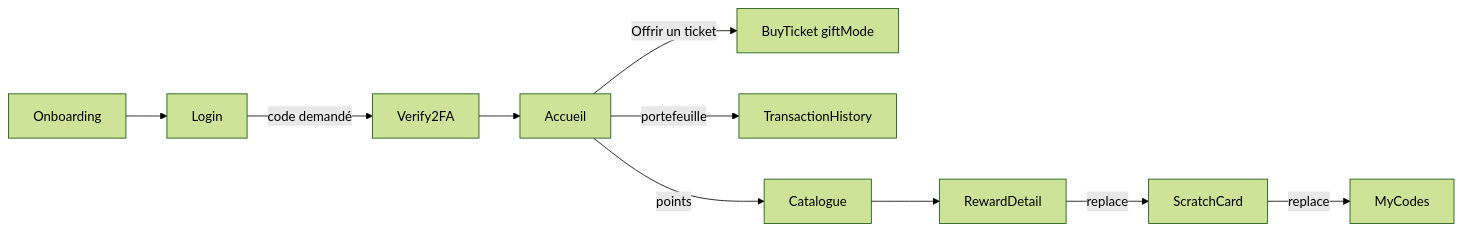
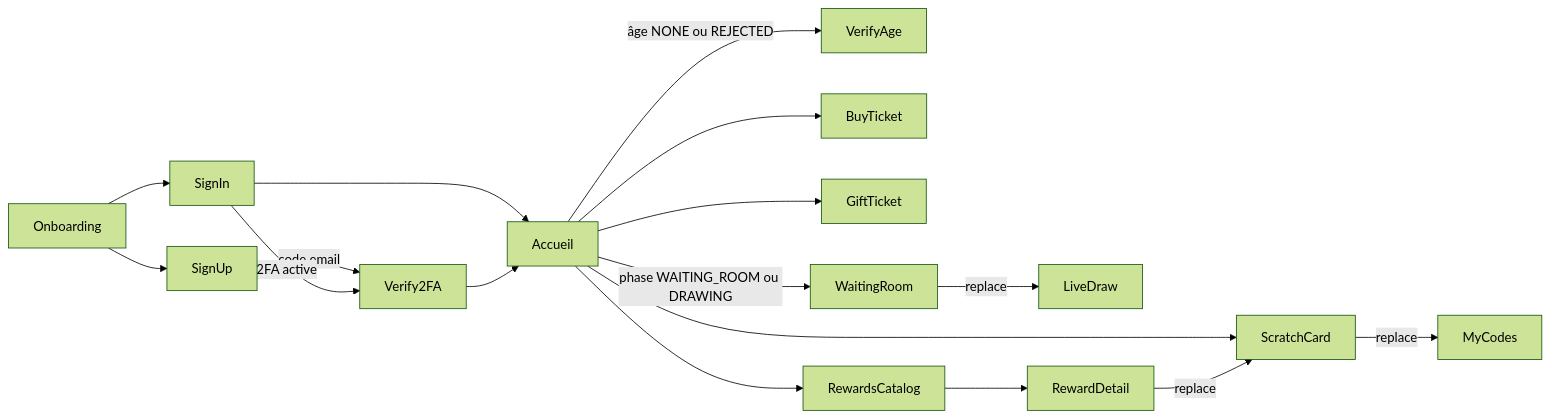
Before and after one commit to MarceauTDML/BlockLucky: the second of 2 diagrams in documentation-officielle/content/mobile/navigation-ecrans.md, drawn with Mermaid (forest theme). The commit also changed other lines of this file and 211 other files, not shown here.

````diff
--- a/documentation-officielle/content/mobile/navigation-ecrans.md
+++ b/documentation-officielle/content/mobile/navigation-ecrans.md
@@ -89,12 +133,19 @@
 ```mermaid
 flowchart LR
-  ON["Onboarding"] --> LO["Login"]
-  LO -->|"code demandé"| VE["Verify2FA"]
-  VE --> HO["Accueil"]
-  HO -->|"Offrir un ticket"| BT["BuyTicket giftMode"]
-  HO -->|"portefeuille"| TH["TransactionHistory"]
-  HO -->|"points"| RC["Catalogue"]
+  ON["Onboarding"] --> SI["SignIn"]
+  ON --> SU["SignUp"]
+  SU -->|"code email"| VE["Verify2FA"]
+  SI -->|"2FA active"| VE
+  SI --> AC["Accueil"]
+  VE --> AC
+  AC -->|"âge NONE ou REJECTED"| VA["VerifyAge"]
+  AC --> BT["BuyTicket"]
+  AC --> GT["GiftTicket"]
+  AC -->|"phase WAITING_ROOM ou DRAWING"| WR["WaitingRoom"]
+  WR -->|"replace"| LD["LiveDraw"]
+  AC --> SC["ScratchCard"]
+  SC -->|"replace"| MC["MyCodes"]
+  AC --> RC["RewardsCatalog"]
   RC --> RD["RewardDetail"]
-  RD -->|"replace"| SC["ScratchCard"]
-  SC -->|"replace"| MC["MyCodes"]
+  RD -->|"replace"| SC
 ```
````
